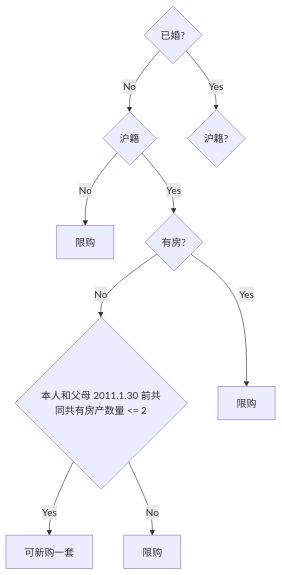
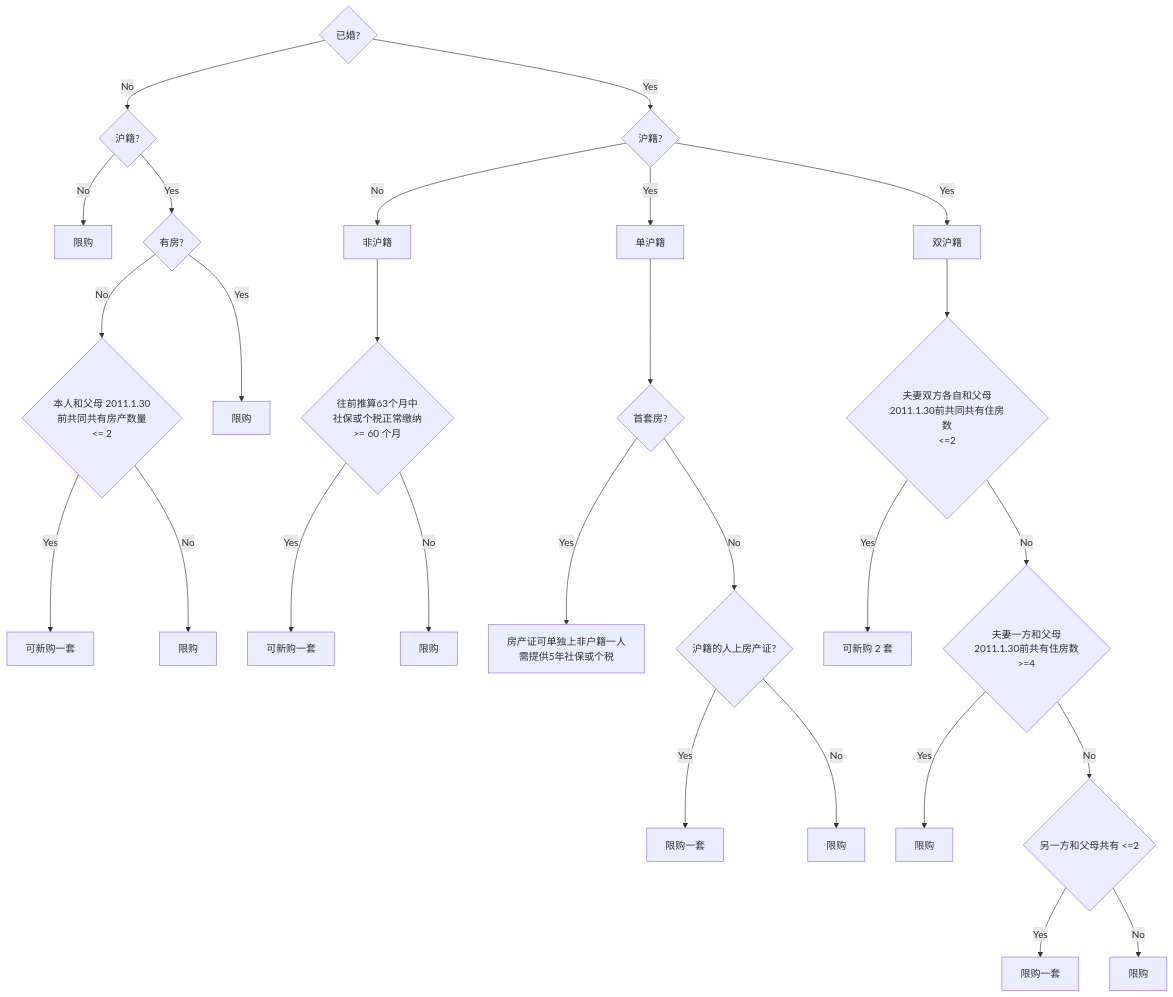
Before and after one commit to junxnone/F: the diagram in docs/购房资格.md, drawn with Mermaid. The commit also changed other lines of this file, not shown here.

Commit message:
Add new comment

````diff
--- a/docs/购房资格.md
+++ b/docs/购房资格.md
@@ -12,13 +12,34 @@
 ```mermaid
 graph TD
-    A{已婚?} --> |No| B1{沪籍}
+    A{已婚?} --> |No| B1{沪籍?}
     B1 --> |No| B11[限购]
     B1 --> |Yes| B12{有房?}
-    B12 --> |No| B122{本人和父母 2011.1.30 前共同共有房产数量 <= 2}
+    B12 --> |No| B122{本人和父母 2011.1.30<br> 前共同共有房产数量 <br><= 2}
     B122 --> |Yes| B1221[可新购一套]
     B122 --> |No| B1222[限购]
     B12 --> |Yes| B121[限购]
 
     A --> |Yes|B2{沪籍?}
+    B2 --> |Yes| B21[双沪籍]
+    B2 --> |Yes| B22[单沪籍]
+    B2 --> |No| B23[非沪籍]
+    
+    B23 --> B231{往前推算63个月中<br>社保或个税正常缴纳<br> >= 60 个月}
+    B231 --> |Yes| B2311[可新购一套]
+    B231 --> |No| B2312[限购]
+
+    B22 --> B221{首套房?}
+    B221 --> |Yes| B2211[房产证可单独上非户籍一人<br>需提供5年社保或个税]
+    B221 --> |No| B2212{沪籍的人上房产证?}
+    B2212 --> |Yes| B22121[限购一套]
+    B2212 --> |No| B22122[限购]
+    
+    B21 --> B211{夫妻双方各自和父母<br>2011.1.30前共同共有住房数<br><=2}
+    B211 --> |Yes| B2111[可新购 2 套]
+    B211 --> |No| B2112{夫妻一方和父母<br>2011.1.30前共有住房数<br> >=4}
+    B2112 --> |Yes| B21121[限购]
+    B2112 --> |No| B21122{另一方和父母共有 <=2}
+    B21122 --> |Yes| B211221[限购一套]
+    B21122 --> |No| B211222[限购]
     
 ```
````
